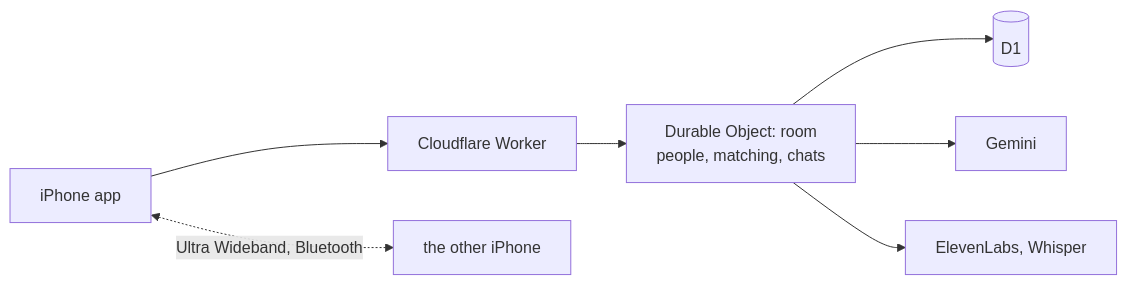
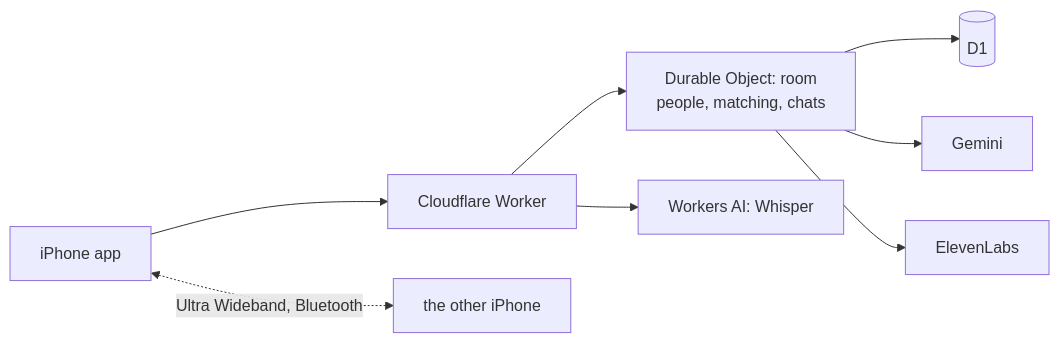
Before and after one commit to xgre1/pairshake: the diagram in README.md, drawn with Mermaid. The commit also changed other lines of this file and 23 other files, not shown here.

````diff
--- a/README.md
+++ b/README.md
@@ -41,9 +41,10 @@
 ```mermaid
 flowchart LR
   A["iPhone app"] --> W["Cloudflare Worker"]
   W --> R["Durable Object: room<br/>people, matching, chats"]
   R --> D[("D1")]
   R --> G["Gemini"]
-  R --> V["ElevenLabs, Whisper"]
+  R --> V["ElevenLabs"]
+  W --> H["Workers AI: Whisper"]
   A <-. "Ultra Wideband, Bluetooth" .-> B["the other iPhone"]
 ```
````
